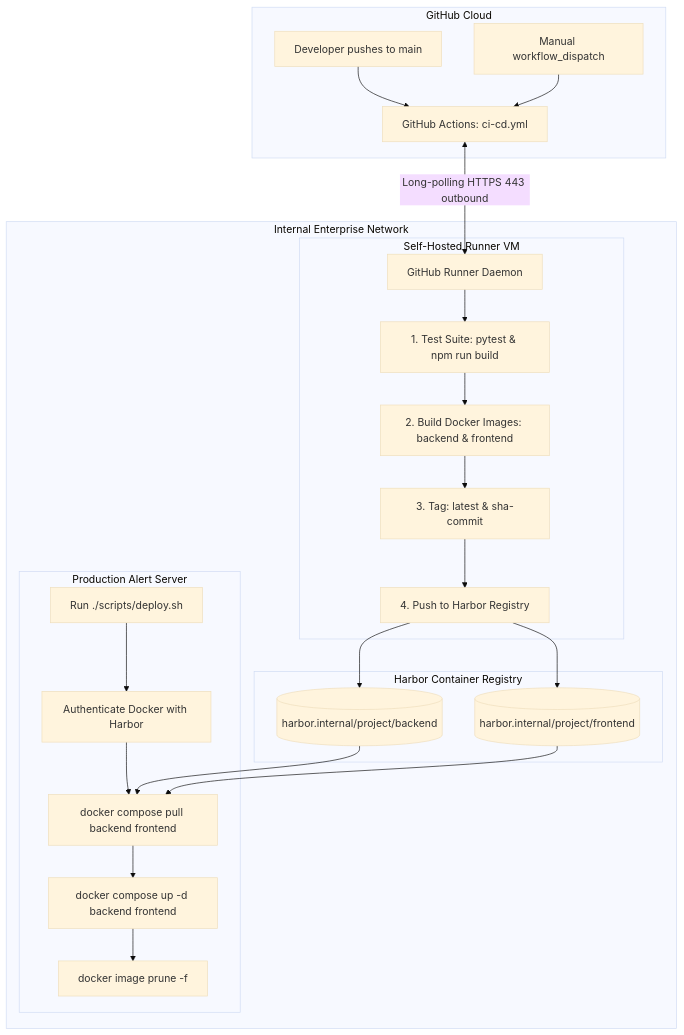
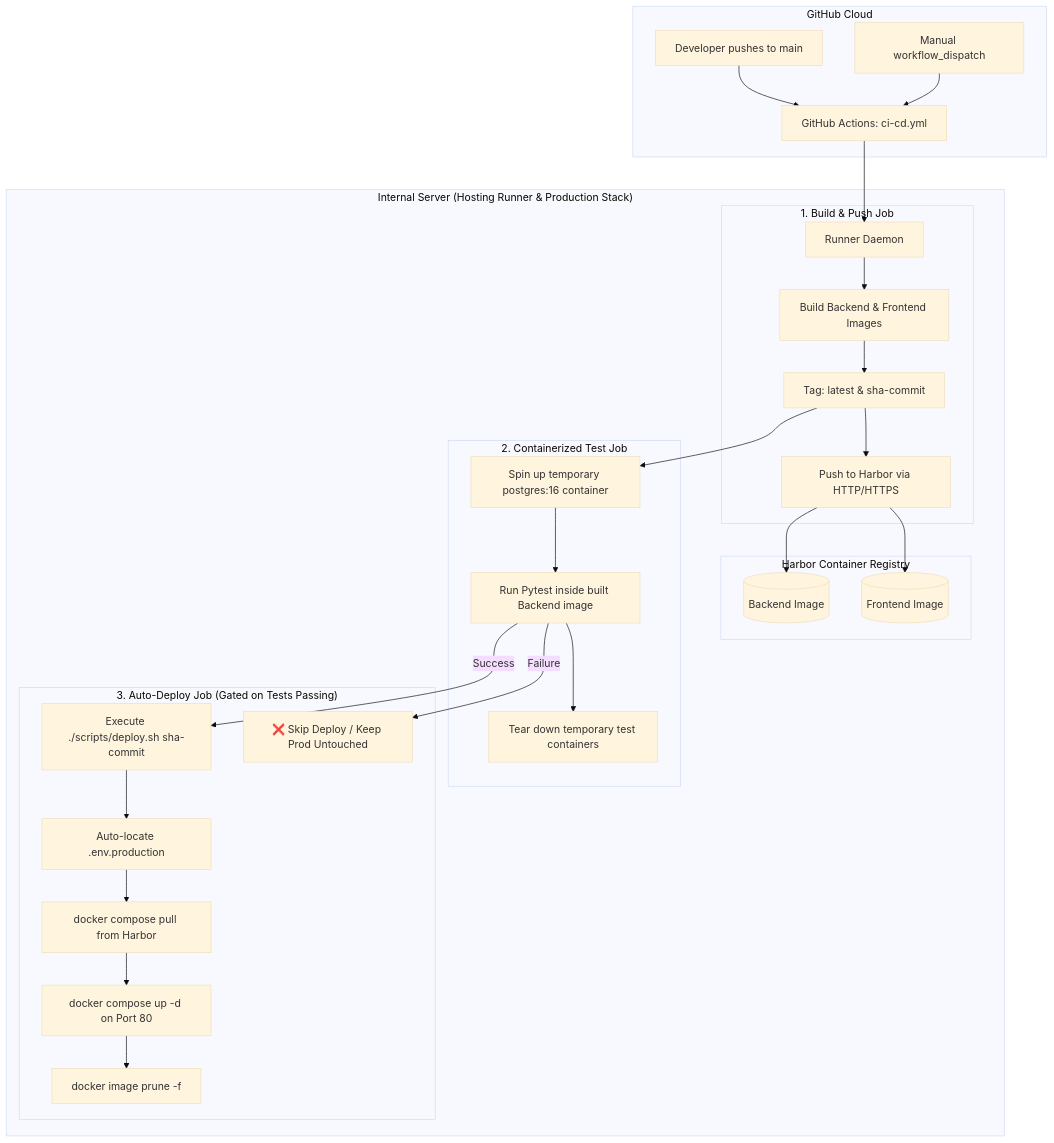
The diagram in docs/CI_CD_DEPLOYMENT.md (kimsrung/nb_vul_dashboard), drawn with Mermaid (base theme) before and after one commit. The commit also changed other lines of this file and 4 other files, not shown here.

````diff
--- a/docs/CI_CD_DEPLOYMENT.md
+++ b/docs/CI_CD_DEPLOYMENT.md
@@ -9,31 +9,36 @@
 ```mermaid
 flowchart TD
     subgraph GitHub["GitHub Cloud"]
         A[Developer pushes to main] --> B[GitHub Actions: ci-cd.yml]
         M[Manual workflow_dispatch] --> B
     end
 
-    subgraph InternalNetwork["Internal Enterprise Network"]
-        subgraph Runner["Self-Hosted Runner VM"]
-            B <-->|Long-polling HTTPS 443 outbound| C[GitHub Runner Daemon]
-            C --> D[1. Test Suite: pytest & npm run build]
-            D --> E[2. Build Docker Images: backend & frontend]
-            E --> F[3. Tag: latest & sha-commit]
-            F --> G[4. Push to Harbor Registry]
+    subgraph InternalServer["Internal Server (Hosting Runner & Production Stack)"]
+        subgraph Stage1["1. Build & Push Job"]
+            B --> C[Runner Daemon]
+            C --> D[Build Backend & Frontend Images]
+            D --> E[Tag: latest & sha-commit]
+            E --> F[Push to Harbor via HTTP/HTTPS]
         end
 
         subgraph Harbor["Harbor Container Registry"]
-            G --> H[(harbor.internal/project/backend)]
-            G --> I[(harbor.internal/project/frontend)]
+            F --> H[(Backend Image)]
+            F --> I[(Frontend Image)]
         end
 
-        subgraph ProdServer["Production Alert Server"]
-            J[Run ./scripts/deploy.sh] --> K[Authenticate Docker with Harbor]
-            K --> L[docker compose pull backend frontend]
-            L --> M2[docker compose up -d backend frontend]
-            H --> L
-            I --> L
-            M2 --> N[docker image prune -f]
+        subgraph Stage2["2. Containerized Test Job"]
+            E --> J[Spin up temporary postgres:16 container]
+            J --> K[Run Pytest inside built Backend image]
+            K --> L[Tear down temporary test containers]
+        end
+
+        subgraph Stage3["3. Auto-Deploy Job (Gated on Tests Passing)"]
+            K -->|Success| N[Execute ./scripts/deploy.sh sha-commit]
+            K -->|Failure| O[❌ Skip Deploy / Keep Prod Untouched]
+            N --> P[Auto-locate .env.production]
+            P --> Q[docker compose pull from Harbor]
+            Q --> R[docker compose up -d on Port 80]
+            R --> S[docker image prune -f]
         end
     end
 ```
````
